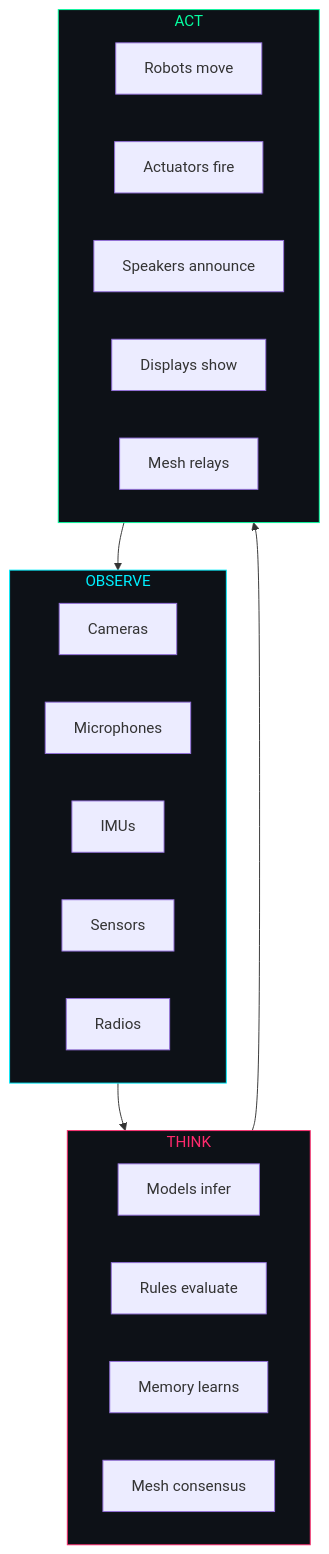
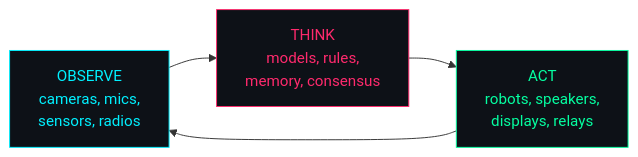
Before and after one commit to Valpatel/tritium: the first of 3 diagrams in README.md, drawn with Mermaid. The commit also changed other lines of this file, not shown here.

````diff
--- a/README.md
+++ b/README.md
@@ -38,31 +38,11 @@
 ```mermaid
-graph TB
-    subgraph OBSERVE["OBSERVE"]
-        CAM[Cameras]
-        MIC[Microphones]
-        IMU[IMUs]
-        SENS[Sensors]
-        RAD[Radios]
-    end
+graph LR
+    O["OBSERVE<br/>cameras, mics,<br/>sensors, radios"]
+    -->T["THINK<br/>models, rules,<br/>memory, consensus"]
+    -->A["ACT<br/>robots, speakers,<br/>displays, relays"]
+    -->O
 
-    subgraph THINK["THINK"]
-        MOD[Models infer]
-        RULE[Rules evaluate]
-        MEM[Memory learns]
-        MESH[Mesh consensus]
-    end
-
-    subgraph ACT["ACT"]
-        ROB[Robots move]
-        ACT2[Actuators fire]
-        SPK[Speakers announce]
-        DISP[Displays show]
-        RELAY[Mesh relays]
-    end
-
-    OBSERVE --> THINK --> ACT --> OBSERVE
-
-    style OBSERVE fill:#0d1117,stroke:#00f0ff,color:#00f0ff
-    style THINK fill:#0d1117,stroke:#ff2a6d,color:#ff2a6d
-    style ACT fill:#0d1117,stroke:#05ffa1,color:#05ffa1
+    style O fill:#0d1117,stroke:#00f0ff,color:#00f0ff
+    style T fill:#0d1117,stroke:#ff2a6d,color:#ff2a6d
+    style A fill:#0d1117,stroke:#05ffa1,color:#05ffa1
 ```
````
